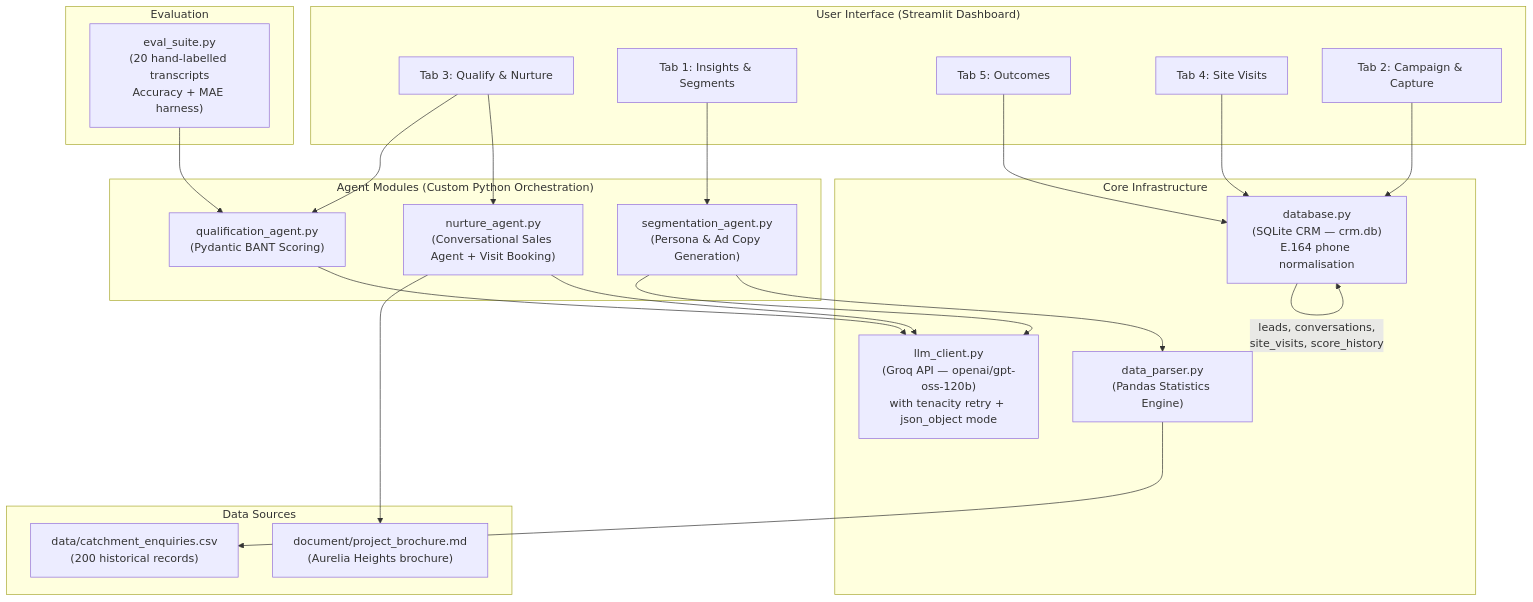
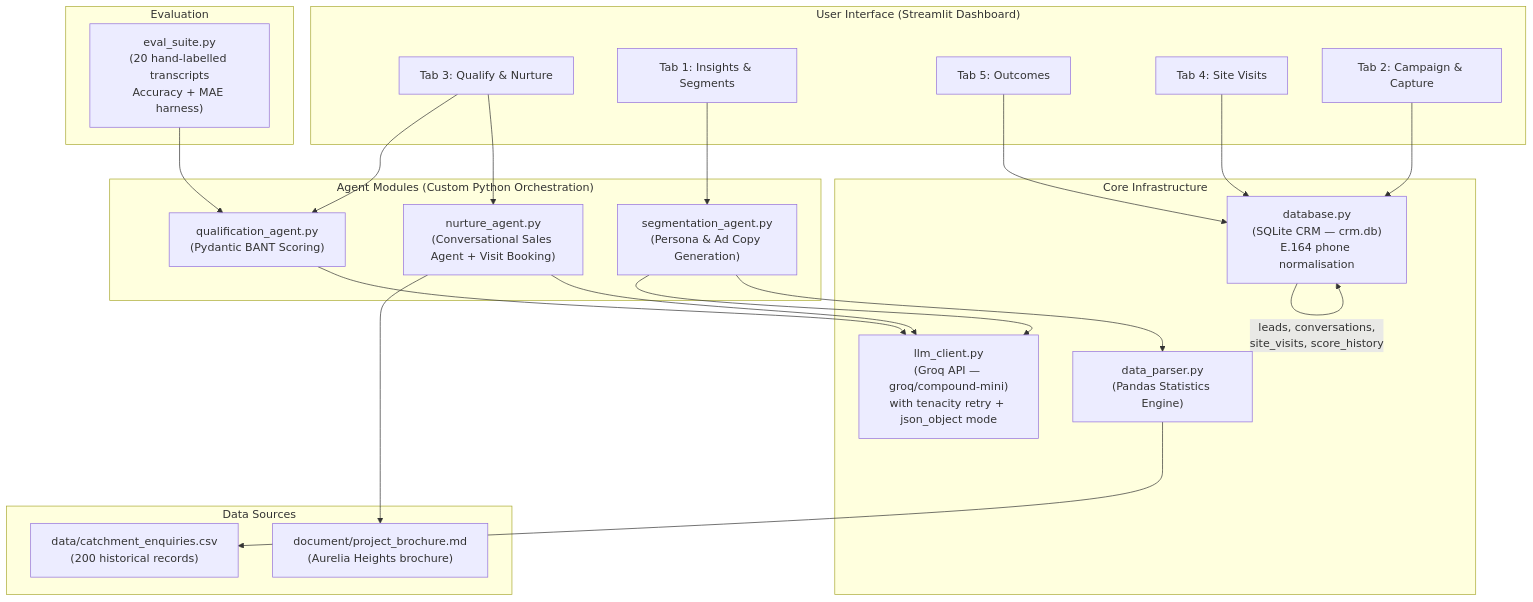
One commit to Daminigit/ai-real-estate-agent changed the first of 2 diagrams in document/architecture.md. Above: the diagram before and after it, drawn with Mermaid. The commit also changed other lines of this file and 6 other files, not shown here.

Commit message:
chore: updated llm model to groq/compound-mini and synced documentation

````diff
--- a/document/architecture.md
+++ b/document/architecture.md
@@ -17,51 +17,51 @@
 ```mermaid
 graph TD
     subgraph "User Interface (Streamlit Dashboard)"
         Tab1["Tab 1: Insights & Segments"]
         Tab2["Tab 2: Campaign & Capture"]
         Tab3["Tab 3: Qualify & Nurture"]
         Tab4["Tab 4: Site Visits"]
         Tab5["Tab 5: Outcomes"]
     end
 
     subgraph "Agent Modules (Custom Python Orchestration)"
         SA["segmentation_agent.py\n(Persona & Ad Copy Generation)"]
         NA["nurture_agent.py\n(Conversational Sales Agent + Visit Booking)"]
         QA["qualification_agent.py\n(Pydantic BANT Scoring)"]
     end
 
     subgraph "Core Infrastructure"
-        LLM["llm_client.py\n(Groq API — openai/gpt-oss-120b)\nwith tenacity retry + json_object mode"]
+        LLM["llm_client.py\n(Groq API — groq/compound-mini)\nwith tenacity retry + json_object mode"]
         DP["data_parser.py\n(Pandas Statistics Engine)"]
         DB["database.py\n(SQLite CRM — crm.db)\nE.164 phone normalisation"]
     end
 
     subgraph "Data Sources"
         CSV["data/catchment_enquiries.csv\n(200 historical records)"]
         Brochure["document/project_brochure.md\n(Aurelia Heights brochure)"]
     end
 
     subgraph "Evaluation"
         EVAL["eval_suite.py\n(20 hand-labelled transcripts\nAccuracy + MAE harness)"]
     end
 
     %% UI to Agent connections
     Tab1 --> SA
     Tab2 --> DB
     Tab3 --> NA
     Tab3 --> QA
     Tab4 --> DB
     Tab5 --> DB
 
     %% Agent to Infrastructure
     SA --> LLM
     SA --> DP
     NA --> LLM
     NA --> Brochure
     QA --> LLM
 
     %% Infrastructure to Data
     DP --> CSV
     DB --> |"leads, conversations,\nsite_visits, score_history"| DB
     EVAL --> QA
 ```
````
